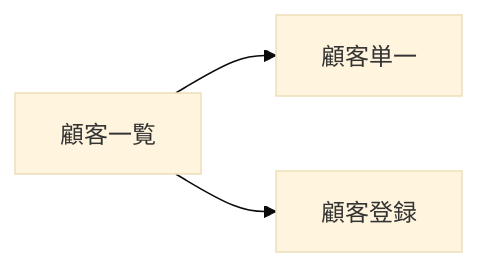
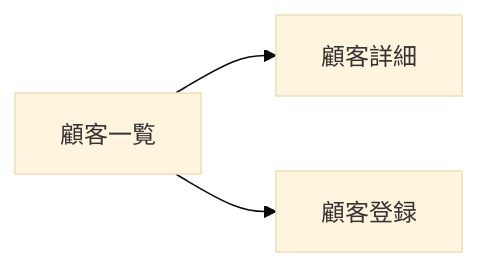
Before and after one commit to seekseep/webapp-handson-2025: the third of 4 diagrams in 04-practice-only-frontend/01-customer.md, drawn with Mermaid (base theme). The commit also changed other lines of this file and 2 other files, not shown here.

````diff
--- a/04-practice-only-frontend/01-customer.md
+++ b/04-practice-only-frontend/01-customer.md
@@ -207,5 +207,5 @@
 ```mermaid
 graph LR
-  A[顧客一覧] --> B[顧客単一]
+  A[顧客一覧] --> B[顧客詳細]
   A --> C[顧客登録]
 ```
````
